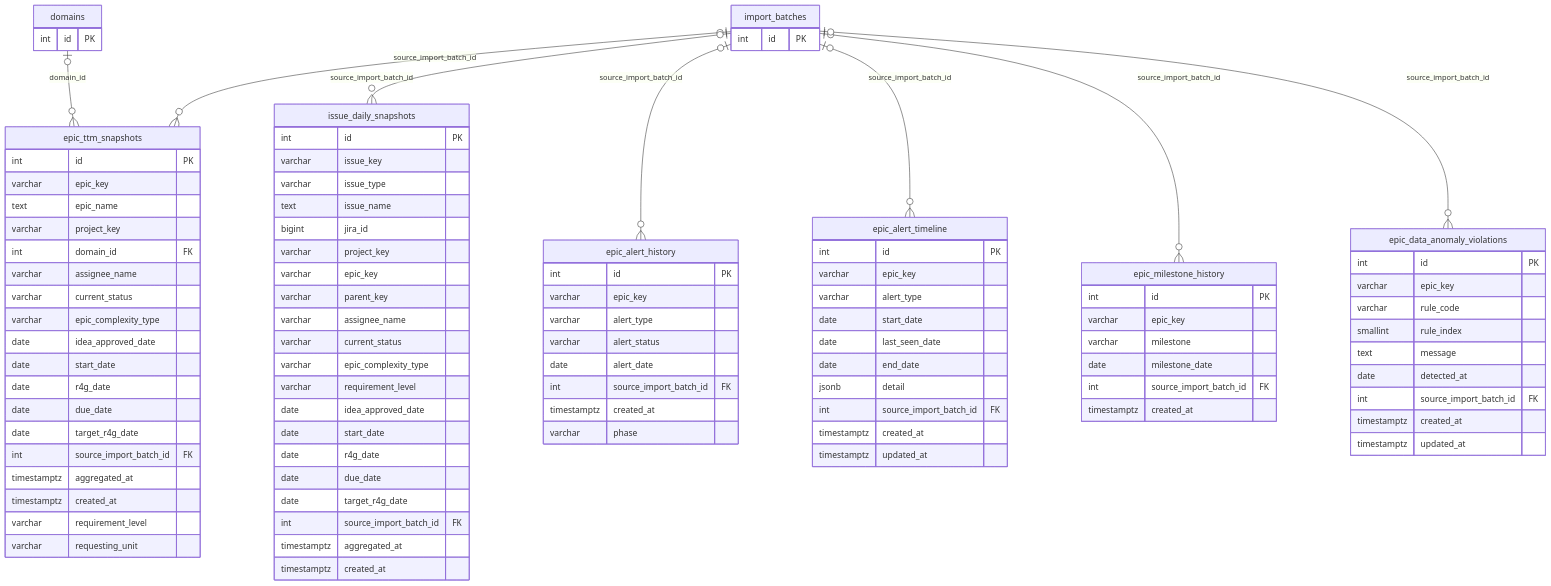
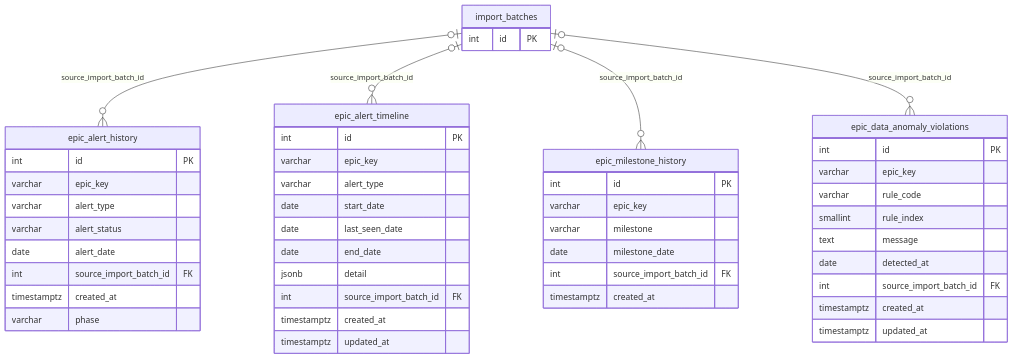
One commit to dminhbb/ttm-tool changed the seventh of 12 diagrams in docs/database-erd.md. Above: the diagram before and after it, drawn with Mermaid. The commit also changed other lines of this file and 10 other files, not shown here.

Commit message:
Cập nhật schema và tài liệu sau khi gỡ 2 bảng snapshot

````diff
--- a/docs/database-erd.md
+++ b/docs/database-erd.md
@@ -1038,47 +1038,5 @@
 ```mermaid
 erDiagram
-    epic_ttm_snapshots {
-        int id PK
-        varchar epic_key
-        text epic_name
-        varchar project_key
-        int domain_id FK
-        varchar assignee_name
-        varchar current_status
-        varchar epic_complexity_type
-        date idea_approved_date
-        date start_date
-        date r4g_date
-        date due_date
-        date target_r4g_date
-        int source_import_batch_id FK
-        timestamptz aggregated_at
-        timestamptz created_at
-        varchar requirement_level
-        varchar requesting_unit
-    }
-    issue_daily_snapshots {
-        int id PK
-        varchar issue_key
-        varchar issue_type
-        text issue_name
-        bigint jira_id
-        varchar project_key
-        varchar epic_key
-        varchar parent_key
-        varchar assignee_name
-        varchar current_status
-        varchar epic_complexity_type
-        varchar requirement_level
-        date idea_approved_date
-        date start_date
-        date r4g_date
-        date due_date
-        date target_r4g_date
-        int source_import_batch_id FK
-        timestamptz aggregated_at
-        timestamptz created_at
-    }
     epic_alert_history {
         int id PK
         varchar epic_key
@@ -1120,15 +1078,9 @@
         timestamptz created_at
         timestamptz updated_at
     }
-    domains {
-        int id PK
-    }
     import_batches {
         int id PK
     }
-    domains |o--o{ epic_ttm_snapshots : "domain_id"
-    import_batches |o--o{ epic_ttm_snapshots : "source_import_batch_id"
-    import_batches |o--o{ issue_daily_snapshots : "source_import_batch_id"
     import_batches |o--o{ epic_alert_history : "source_import_batch_id"
     import_batches |o--o{ epic_alert_timeline : "source_import_batch_id"
     import_batches |o--o{ epic_milestone_history : "source_import_batch_id"
````
